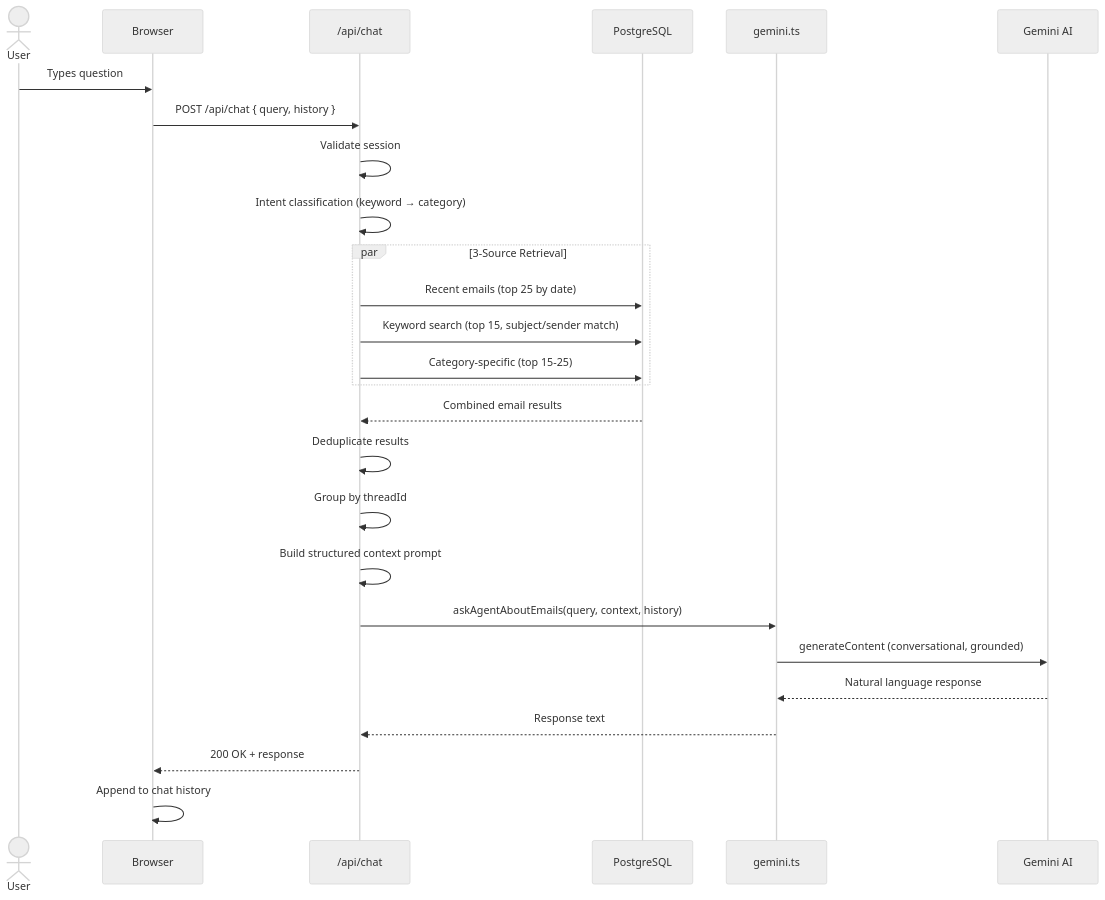
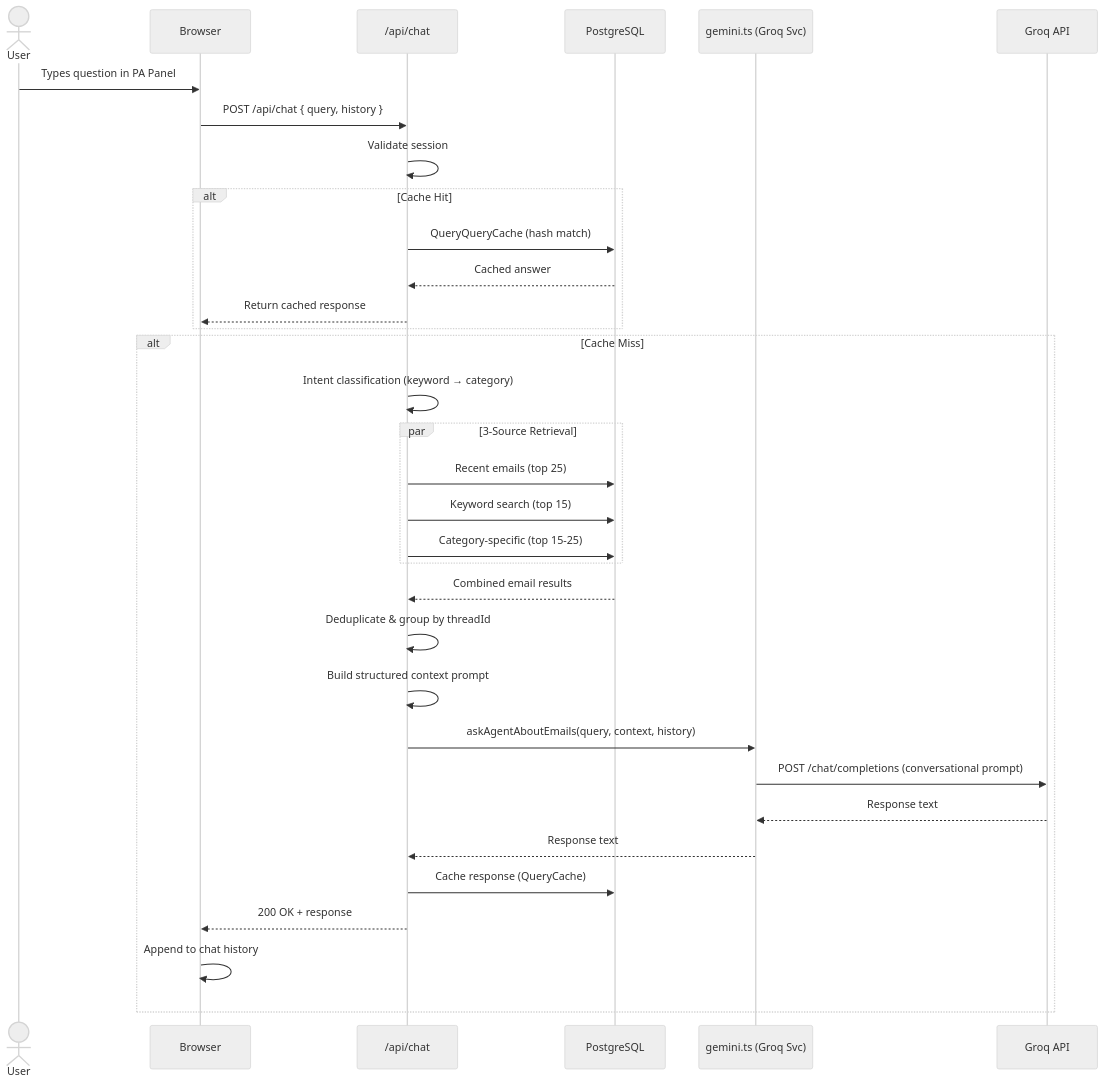
The fourth of 4 diagrams in ARCHITECTURE.md (Vamshidathrika/repeatless-email-ai-assistant), drawn with Mermaid (neutral theme) before and after one commit. The commit also changed other lines of this file and 2 other files, not shown here.

Commit message:
docs: update README, ARCHITECTURE, and DEPLOYMENT for Slack/Webhook integrations

````diff
--- a/ARCHITECTURE.md
+++ b/ARCHITECTURE.md
@@ -718,34 +421,41 @@
 ```mermaid
 sequenceDiagram
     actor User
     participant Client as Browser
     participant API as /api/chat
     participant DB as PostgreSQL
-    participant AI as gemini.ts
-    participant Gemini as Gemini AI
+    participant AI as gemini.ts (Groq Svc)
+    participant Groq as Groq API
 
-    User->>Client: Types question
+    User->>Client: Types question in PA Panel
     Client->>API: POST /api/chat { query, history }
     API->>API: Validate session
 
-    API->>API: Intent classification (keyword → category)
-
-    par 3-Source Retrieval
-        API->>DB: Recent emails (top 25 by date)
-        API->>DB: Keyword search (top 15, subject/sender match)
-        API->>DB: Category-specific (top 15-25)
+    alt Cache Hit
+        API->>DB: QueryQueryCache (hash match)
+        DB-->>API: Cached answer
+        API-->>Client: Return cached response
     end
 
-    DB-->>API: Combined email results
+    alt Cache Miss
+        API->>API: Intent classification (keyword → category)
 
-    API->>API: Deduplicate results
-    API->>API: Group by threadId
-    API->>API: Build structured context prompt
+        par 3-Source Retrieval
+            API->>DB: Recent emails (top 25)
+            API->>DB: Keyword search (top 15)
+            API->>DB: Category-specific (top 15-25)
+        end
+        DB-->>API: Combined email results
 
-    API->>AI: askAgentAboutEmails(query, context, history)
-    AI->>Gemini: generateContent (conversational, grounded)
-    Gemini-->>AI: Natural language response
-    AI-->>API: Response text
-    API-->>Client: 200 OK + response
-    Client->>Client: Append to chat history
+        API->>API: Deduplicate & group by threadId
+        API->>API: Build structured context prompt
+
+        API->>AI: askAgentAboutEmails(query, context, history)
+        AI->>Groq: POST /chat/completions (conversational prompt)
+        Groq-->>AI: Response text
+        AI-->>API: Response text
+        API->>DB: Cache response (QueryCache)
+        API-->>Client: 200 OK + response
+        Client->>Client: Append to chat history
+    end
 ```
````
